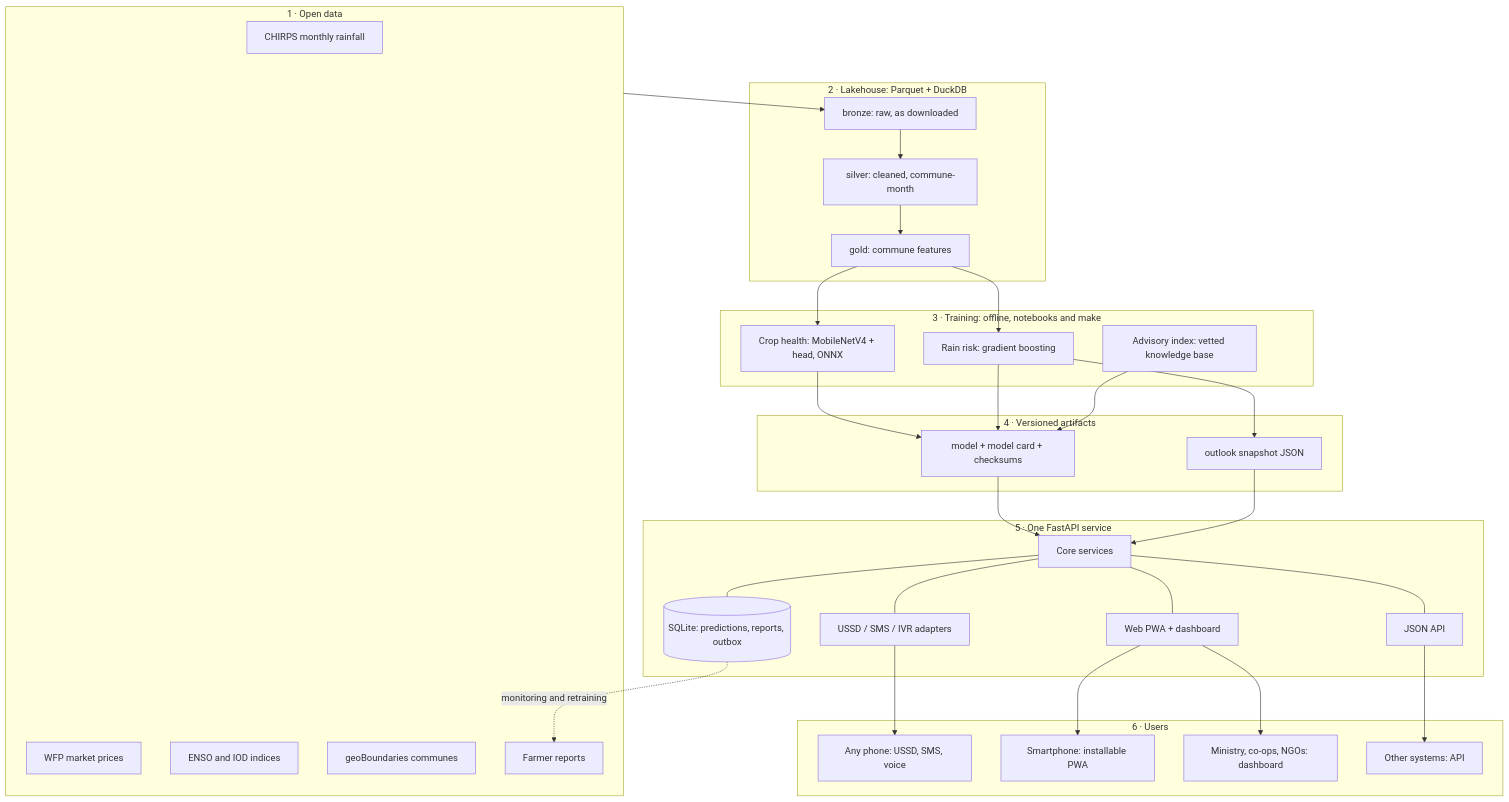
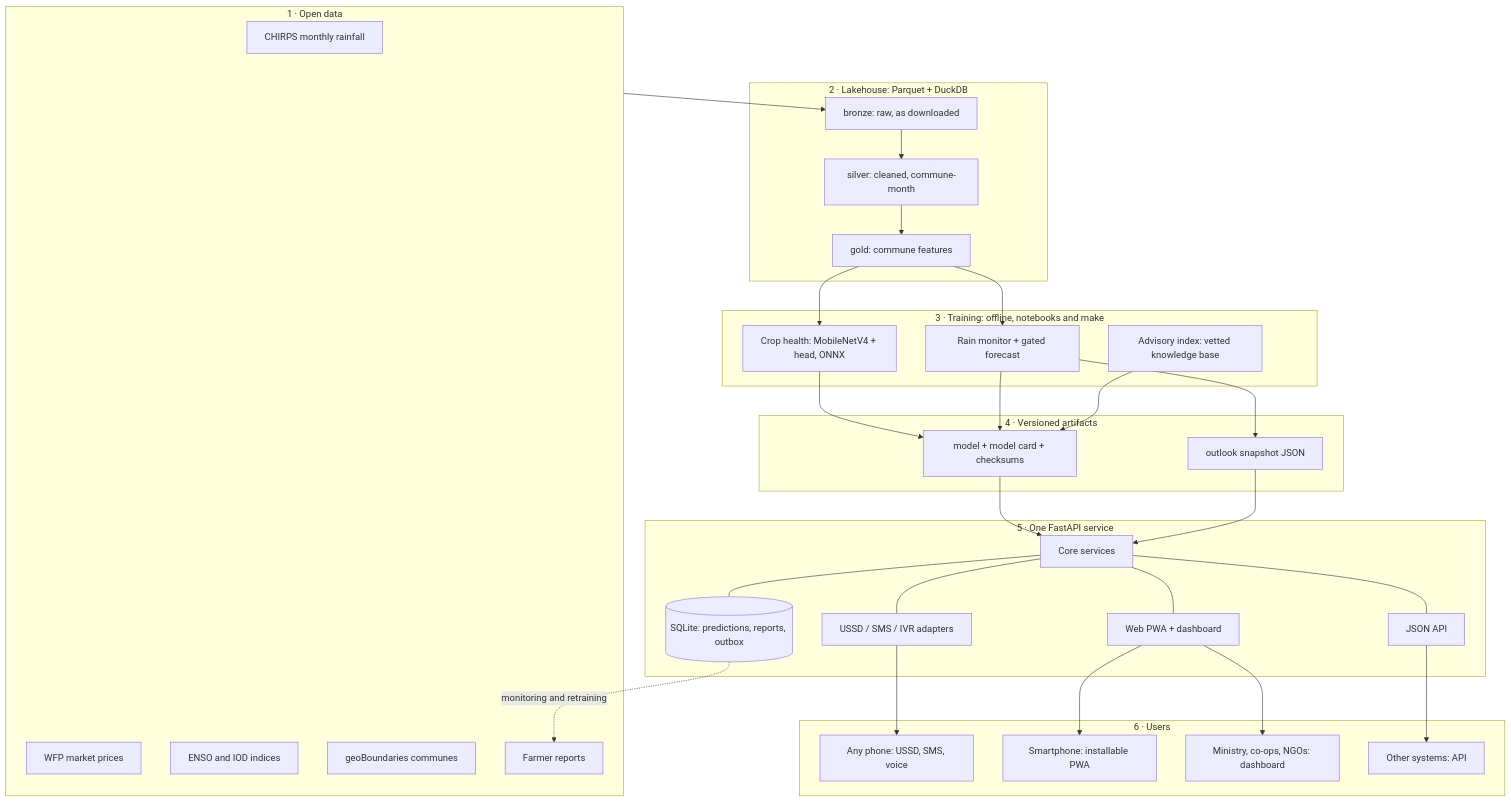
Before and after one commit to Desmondonam/Imbuto_AI: the diagram in docs/ARCHITECTURE.md, drawn with Mermaid. The commit also changed other lines of this file and 11 other files, not shown here.

````diff
--- a/docs/ARCHITECTURE.md
+++ b/docs/ARCHITECTURE.md
@@ -23,46 +23,46 @@
 ```mermaid
 flowchart TB
   subgraph sources[1 · Open data]
     A[CHIRPS monthly rainfall]
     B[WFP market prices]
     C[ENSO and IOD indices]
     D[geoBoundaries communes]
     E[Farmer reports]
   end
   subgraph lake[2 · Lakehouse: Parquet + DuckDB]
     F[bronze: raw, as downloaded] --> G[silver: cleaned, commune-month] --> H[gold: commune features]
   end
   subgraph train[3 · Training: offline, notebooks and make]
     I[Crop health: MobileNetV4 + head, ONNX]
-    J[Rain risk: gradient boosting]
+    J[Rain monitor + gated forecast]
     K[Advisory index: vetted knowledge base]
   end
   subgraph bundle[4 · Versioned artifacts]
     L[model + model card + checksums]
     M[outlook snapshot JSON]
   end
   subgraph app[5 · One FastAPI service]
     N[Core services]
     O[JSON API]
     P[Web PWA + dashboard]
     Q[USSD / SMS / IVR adapters]
     R[(SQLite: predictions, reports, outbox)]
   end
   subgraph people[6 · Users]
     S[Any phone: USSD, SMS, voice]
     T[Smartphone: installable PWA]
     U[Ministry, co-ops, NGOs: dashboard]
     W[Other systems: API]
   end
   sources --> F
   H --> I & J
   I & J & K --> L
   J --> M
   L & M --> N
   N --- O & P & Q
   N --- R
   Q --> S
   P --> T & U
   O --> W
   R -. monitoring and retraining .-> E
 ```
````
